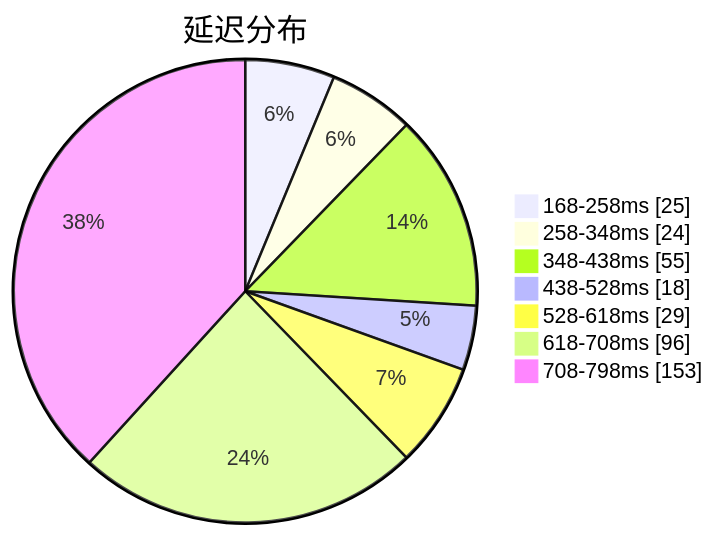
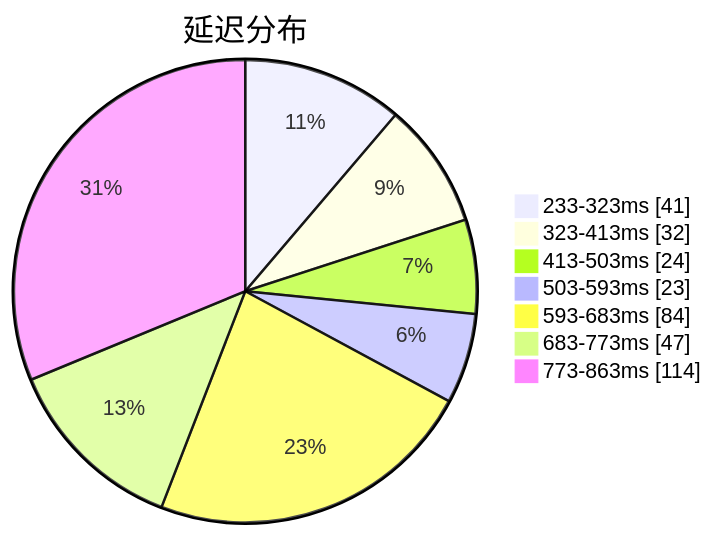
Before and after one commit to qjlxg/airport: the first of 3 diagrams in subs/statistics/tested_within.md, drawn with Mermaid. The commit also changed other lines of this file and 2 other files, not shown here.

````diff
--- a/subs/statistics/tested_within.md
+++ b/subs/statistics/tested_within.md
@@ -2,11 +2,11 @@
 ```mermaid
 pie showData
 title 延迟分布
-"168-258ms" : 25
-"258-348ms" : 24
-"348-438ms" : 55
-"438-528ms" : 18
-"528-618ms" : 29
-"618-708ms" : 96
-"708-798ms" : 153
+"233-323ms" : 41
+"323-413ms" : 32
+"413-503ms" : 24
+"503-593ms" : 23
+"593-683ms" : 84
+"683-773ms" : 47
+"773-863ms" : 114
 ```
````
